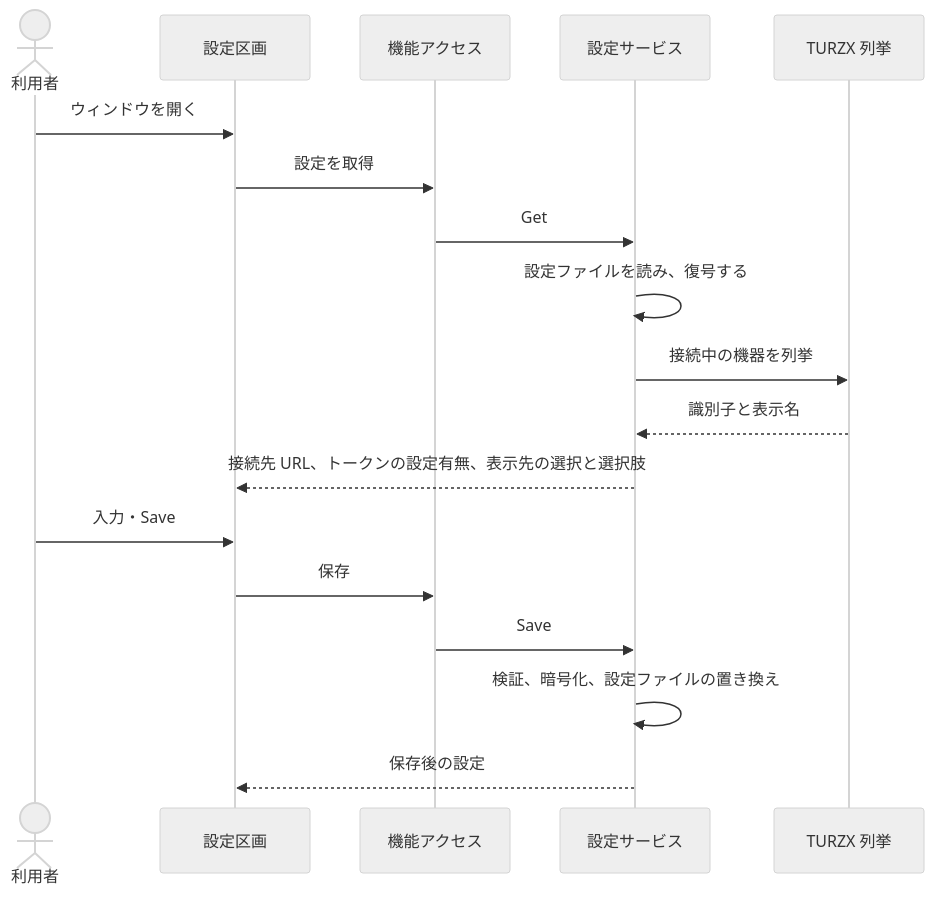
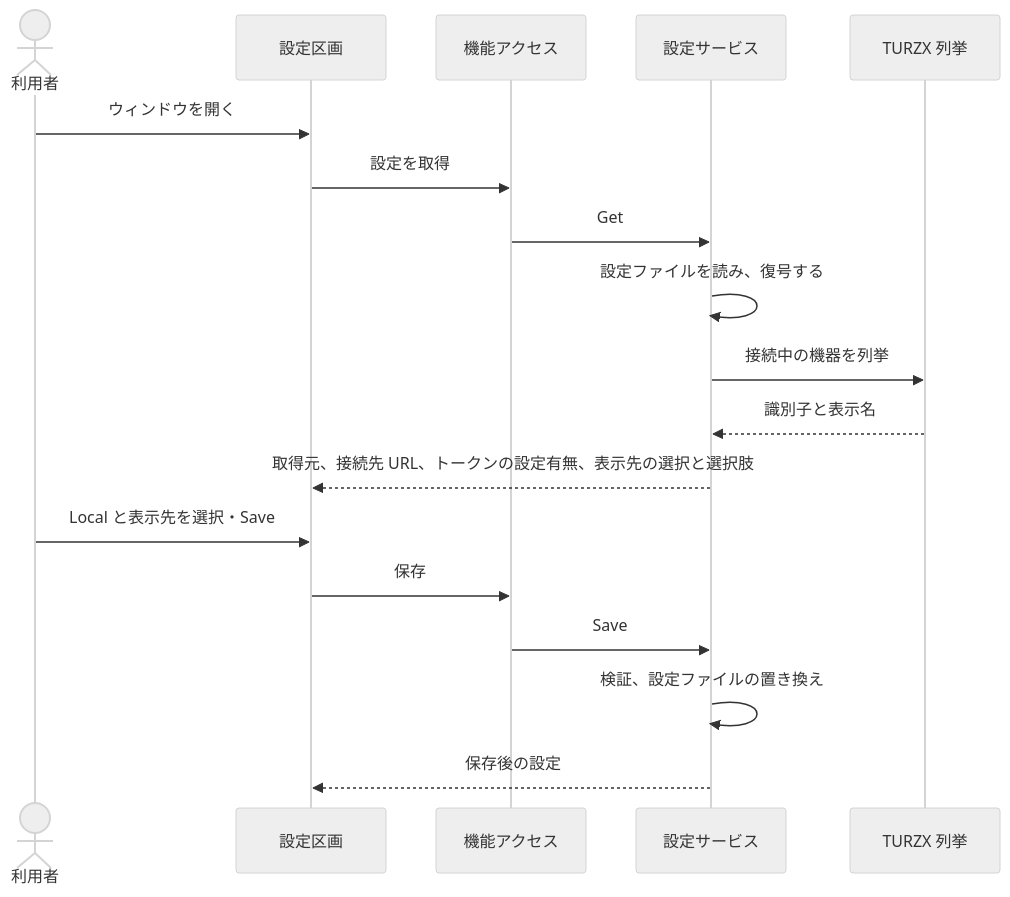
Before and after one commit to nuitsjp/token-dashboard: the diagram in docs/design/UCP-2.md, drawn with Mermaid (neutral theme). The commit also changed other lines of this file and 13 other files, not shown here.

````diff
--- a/docs/design/UCP-2.md
+++ b/docs/design/UCP-2.md
@@ -12,20 +12,20 @@
 ```mermaid
 sequenceDiagram
   actor User as 利用者
   participant UI as 設定区画
   participant Q as 機能アクセス
   participant S as 設定サービス
   participant T as TURZX 列挙
   User->>UI: ウィンドウを開く
   UI->>Q: 設定を取得
   Q->>S: Get
   S->>S: 設定ファイルを読み、復号する
   S->>T: 接続中の機器を列挙
   T-->>S: 識別子と表示名
-  S-->>UI: 接続先 URL、トークンの設定有無、表示先の選択と選択肢
-  User->>UI: 入力・Save
+  S-->>UI: 取得元、接続先 URL、トークンの設定有無、表示先の選択と選択肢
+  User->>UI: Local と表示先を選択・Save
   UI->>Q: 保存
   Q->>S: Save
-  S->>S: 検証、暗号化、設定ファイルの置き換え
+  S->>S: 検証、設定ファイルの置き換え
   S-->>UI: 保存後の設定
 ```
````
